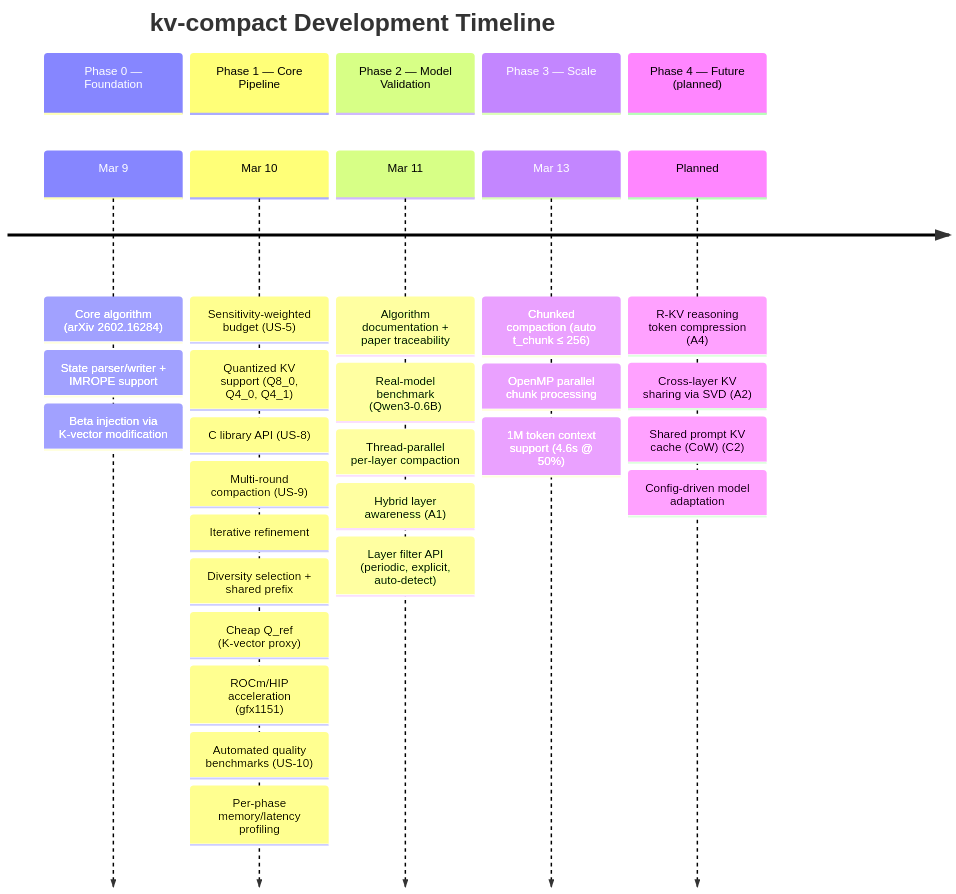
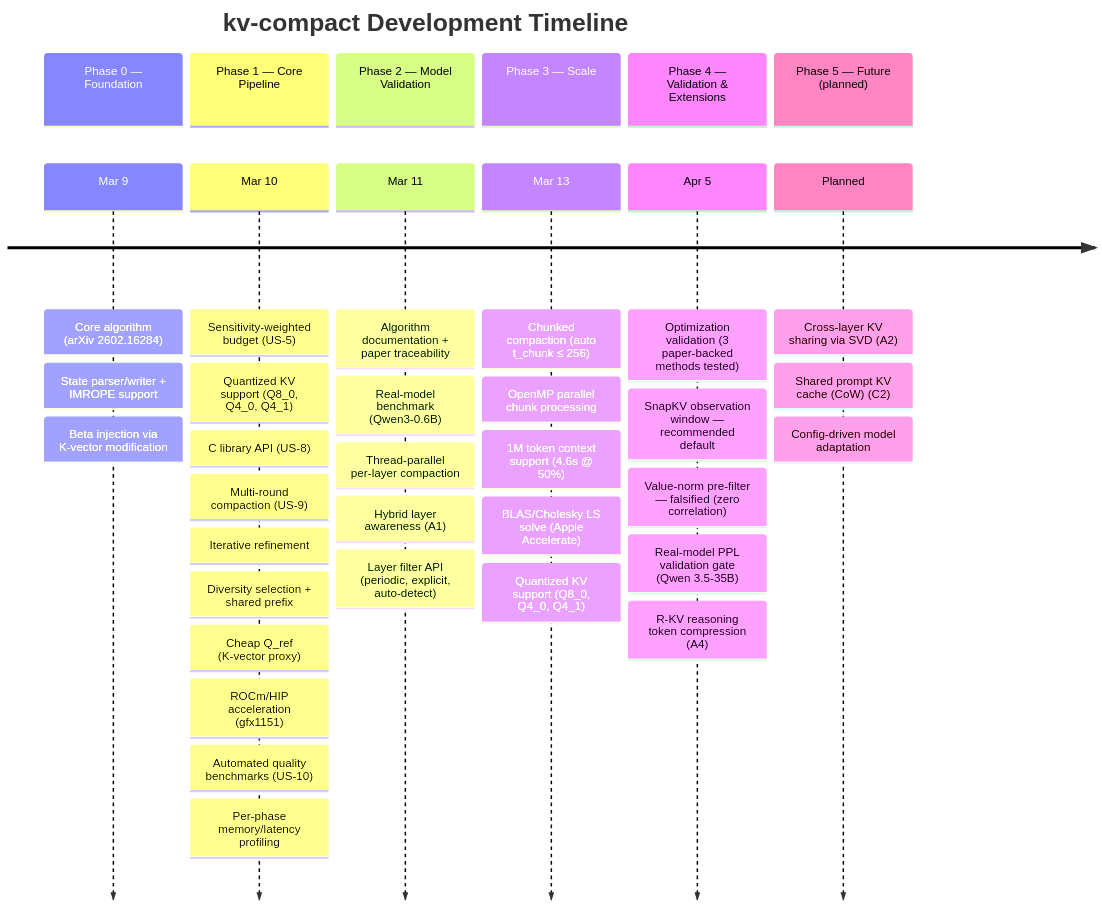
Before and after one commit to fabiantax/kv-compact: the diagram in README.md, drawn with Mermaid. The commit also changed other lines of this file, not shown here.

First line of the commit message:
docs: update README with Phase 4 results and validated quality metrics

````diff
--- a/README.md
+++ b/README.md
@@ -164,39 +199,47 @@
 ```mermaid
 timeline
     title kv-compact Development Timeline
 
     section Phase 0 — Foundation
         Mar 9 : Core algorithm (arXiv 2602.16284)
                : State parser/writer + IMROPE support
                : Beta injection via K-vector modification
 
     section Phase 1 — Core Pipeline
         Mar 10 : Sensitivity-weighted budget (US-5)
                : Quantized KV support (Q8_0, Q4_0, Q4_1)
                : C library API (US-8)
                : Multi-round compaction (US-9)
                : Iterative refinement
                : Diversity selection + shared prefix
                : Cheap Q_ref (K-vector proxy)
                : ROCm/HIP acceleration (gfx1151)
                : Automated quality benchmarks (US-10)
                : Per-phase memory/latency profiling
 
     section Phase 2 — Model Validation
         Mar 11 : Algorithm documentation + paper traceability
                : Real-model benchmark (Qwen3-0.6B)
                : Thread-parallel per-layer compaction
                : Hybrid layer awareness (A1)
                : Layer filter API (periodic, explicit, auto-detect)
 
     section Phase 3 — Scale
         Mar 13 : Chunked compaction (auto t_chunk ≤ 256)
                : OpenMP parallel chunk processing
                : 1M token context support (4.6s @ 50%)
+               : BLAS/Cholesky LS solve (Apple Accelerate)
+               : Quantized KV support (Q8_0, Q4_0, Q4_1)
 
-    section Phase 4 — Future (planned)
-        Planned : R-KV reasoning token compression (A4)
-                : Cross-layer KV sharing via SVD (A2)
+    section Phase 4 — Validation & Extensions
+        Apr 5 : Optimization validation (3 paper-backed methods tested)
+              : SnapKV observation window — recommended default
+              : Value-norm pre-filter — falsified (zero correlation)
+              : Real-model PPL validation gate (Qwen 3.5-35B)
+              : R-KV reasoning token compression (A4)
+
+    section Phase 5 — Future (planned)
+        Planned : Cross-layer KV sharing via SVD (A2)
                 : Shared prompt KV cache (CoW) (C2)
                 : Config-driven model adaptation
 ```
````
